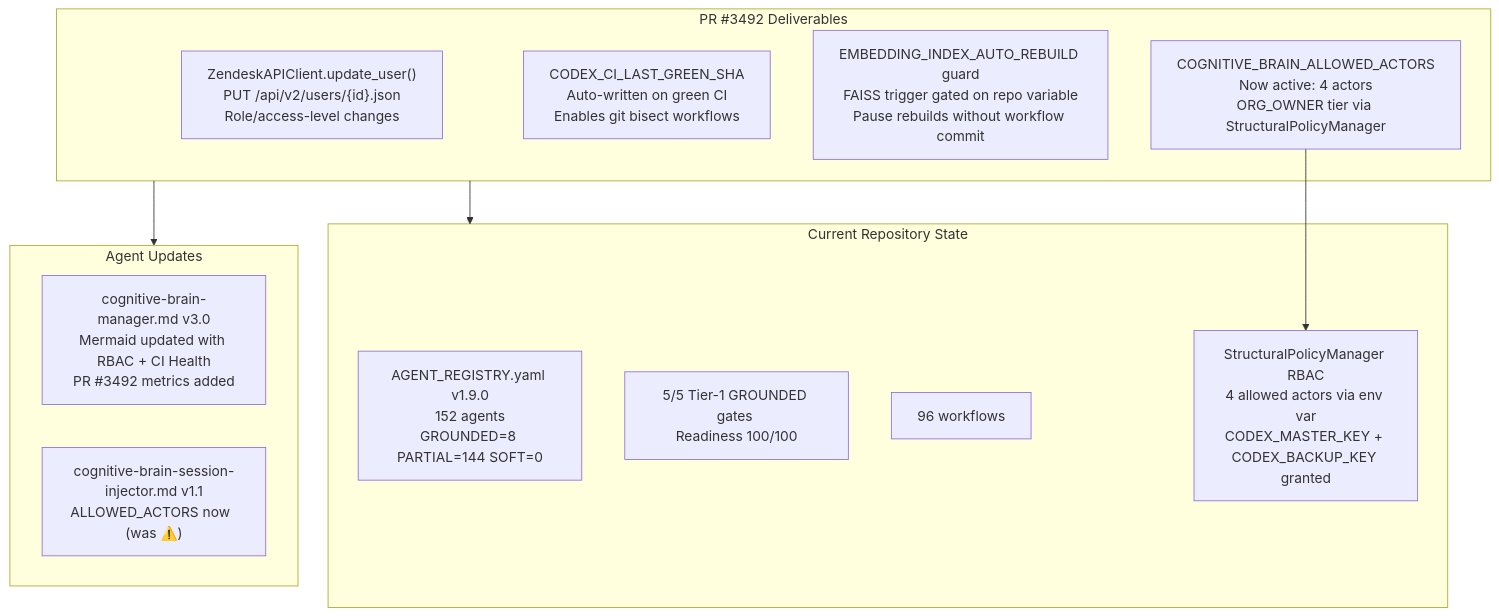
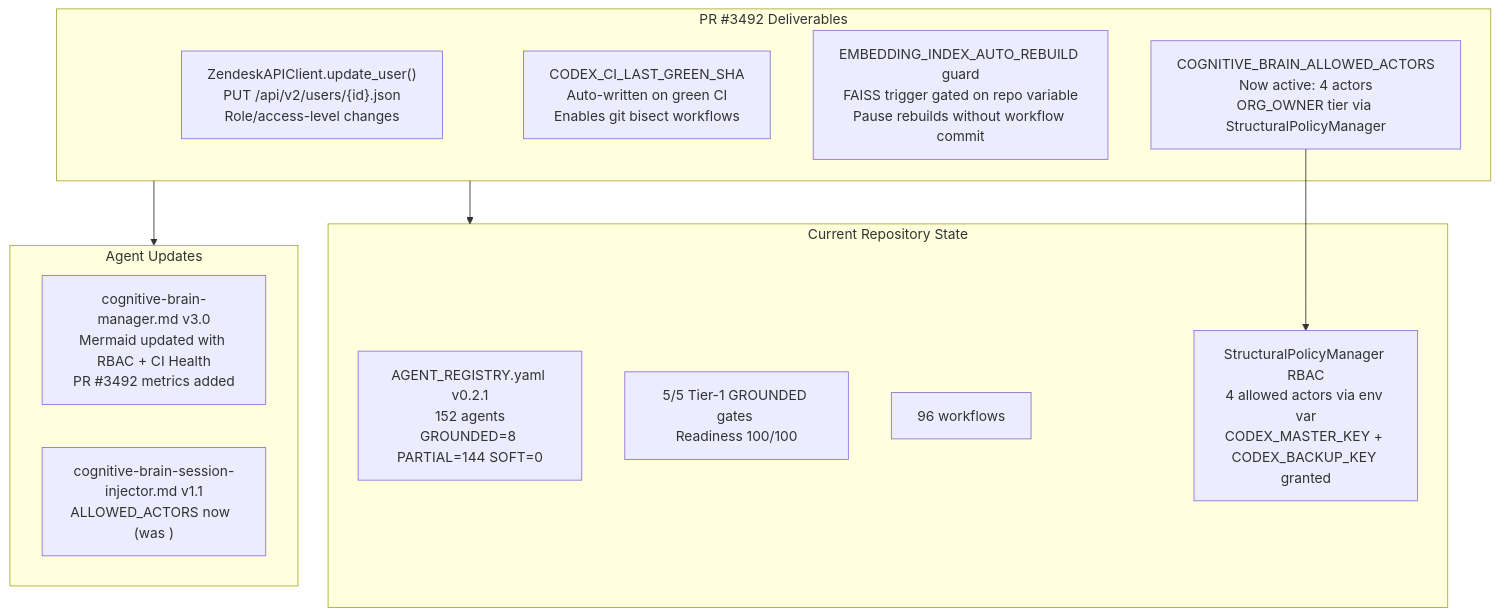
One commit to Aries-Serpent/_codex_ changed the first of 2 diagrams in docs/cognitive_brain/status/COGNITIVE_BRAIN_STATUS_PR3492.md. Above: the diagram before and after it, drawn with Mermaid. The commit also changed other lines of this file and 1989 other files, not shown here.

````diff
--- a/docs/cognitive_brain/status/COGNITIVE_BRAIN_STATUS_PR3492.md
+++ b/docs/cognitive_brain/status/COGNITIVE_BRAIN_STATUS_PR3492.md
@@ -35,26 +35,26 @@
 ```mermaid
 %%{init: {'accessibility': {'title': 'Diagram showing "PR #3492 Deliverables", " ZendeskAPIClient.update_user()\nPUT /api/v2/users/{id}.json\nRole/access-level changes"'}}%%
 graph TB
     subgraph PR3492["PR #3492 Deliverables"]
         API[" ZendeskAPIClient.update_user()\nPUT /api/v2/users/{id}.json\nRole/access-level changes"]
         P26[" CODEX_CI_LAST_GREEN_SHA\nAuto-written on green CI\nEnables git bisect workflows"]
         EMBED_GUARD[" EMBEDDING_INDEX_AUTO_REBUILD guard\nFAISS trigger gated on repo variable\nPause rebuilds without workflow commit"]
         RBAC_ACTIVE[" COGNITIVE_BRAIN_ALLOWED_ACTORS\nNow active: 4 actors\nORG_OWNER tier via StructuralPolicyManager"]
     end
 
     subgraph AGENTS["Agent Updates"]
         CBM["cognitive-brain-manager.md v3.0\nMermaid updated with RBAC + CI Health\nPR #3492 metrics added"]
-        CBSI["cognitive-brain-session-injector.md v1.1\nALLOWED_ACTORS now  (was ⚠️)"]
+        CBSI["cognitive-brain-session-injector.md v1.1\nALLOWED_ACTORS now  (was ️)"]
     end
 
     subgraph STATE["Current Repository State"]
-        REG["AGENT_REGISTRY.yaml v1.9.0\n152 agents\nGROUNDED=8 PARTIAL=144 SOFT=0"]
+        REG["AGENT_REGISTRY.yaml v0.2.1\n152 agents\nGROUNDED=8 PARTIAL=144 SOFT=0"]
         GATES["5/5 Tier-1 GROUNDED gates \nReadiness 100/100"]
         WF["96 workflows"]
         RBAC["StructuralPolicyManager RBAC\n4 allowed actors via env var\nCODEX_MASTER_KEY + CODEX_BACKUP_KEY granted"]
     end
 
     PR3492 --> AGENTS
     PR3492 --> STATE
     RBAC_ACTIVE --> RBAC
 ```
````
